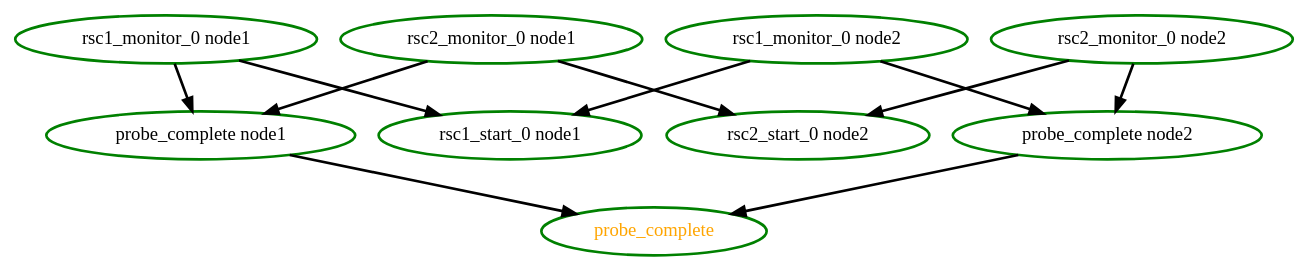
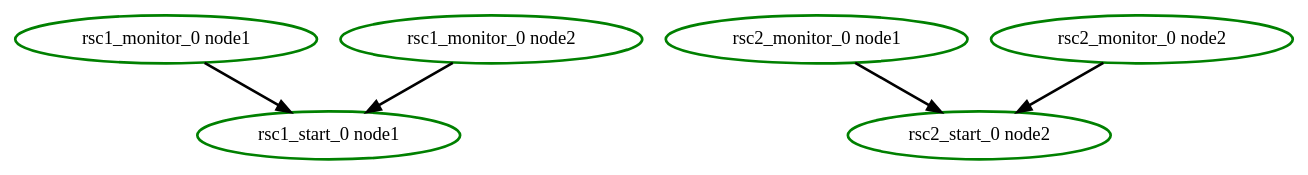
Before and after one commit to ClusterLabs/pacemaker: the diagram in pengine/test10/comments.dot, drawn with Graphviz. The commit also changed 1336 other files, not shown here.

First line of the commit message:
Feature: PE: drop probe_complete actions

```diff
--- a/pengine/test10/comments.dot
+++ b/pengine/test10/comments.dot
@@ -1,21 +1,12 @@
  digraph "g" {
-"probe_complete node1" -> "probe_complete" [ style = bold]
-"probe_complete node1" [ style=bold color="green" fontcolor="black" ]
-"probe_complete node2" -> "probe_complete" [ style = bold]
-"probe_complete node2" [ style=bold color="green" fontcolor="black" ]
-"probe_complete" [ style=bold color="green" fontcolor="orange" ]
-"rsc1_monitor_0 node1" -> "probe_complete node1" [ style = bold]
 "rsc1_monitor_0 node1" -> "rsc1_start_0 node1" [ style = bold]
 "rsc1_monitor_0 node1" [ style=bold color="green" fontcolor="black" ]
-"rsc1_monitor_0 node2" -> "probe_complete node2" [ style = bold]
 "rsc1_monitor_0 node2" -> "rsc1_start_0 node1" [ style = bold]
 "rsc1_monitor_0 node2" [ style=bold color="green" fontcolor="black" ]
 "rsc1_start_0 node1" [ style=bold color="green" fontcolor="black" ]
-"rsc2_monitor_0 node1" -> "probe_complete node1" [ style = bold]
 "rsc2_monitor_0 node1" -> "rsc2_start_0 node2" [ style = bold]
 "rsc2_monitor_0 node1" [ style=bold color="green" fontcolor="black" ]
-"rsc2_monitor_0 node2" -> "probe_complete node2" [ style = bold]
 "rsc2_monitor_0 node2" -> "rsc2_start_0 node2" [ style = bold]
 "rsc2_monitor_0 node2" [ style=bold color="green" fontcolor="black" ]
 "rsc2_start_0 node2" [ style=bold color="green" fontcolor="black" ]
 }
```
